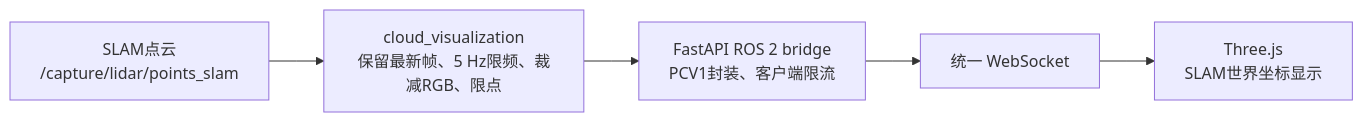
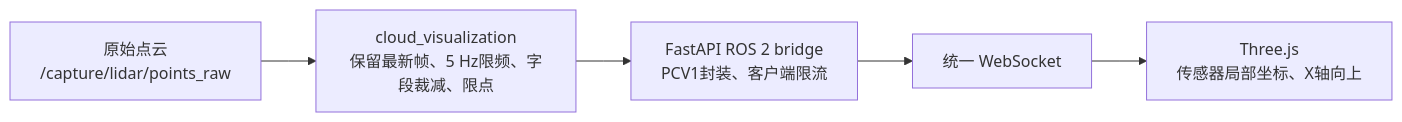
One commit to chuan126/capture_system changed the seventh of 9 diagrams in docs/architecture/数据流设计.md. Above: the diagram before and after it, drawn with Mermaid. The commit also changed other lines of this file and 57 other files, not shown here.

````diff
--- a/docs/architecture/数据流设计.md
+++ b/docs/architecture/数据流设计.md
@@ -259,11 +259,11 @@
 ```mermaid
 %%{init: {"flowchart": {"curve": "linear", "nodeSpacing": 45, "rankSpacing": 55}}}%%
 flowchart LR
-    SLAM["SLAM点云\n/capture/lidar/points_slam"]
-    VIS["cloud_visualization\n保留最新帧、5 Hz限频、裁减RGB、限点"]
+    RAW["原始点云\n/capture/lidar/points_raw"]
+    VIS["cloud_visualization\n保留最新帧、5 Hz限频、字段裁减、限点"]
     BRIDGE["FastAPI ROS 2 bridge\nPCV1封装、客户端限流"]
     WS["统一 WebSocket"]
-    UI["Three.js\nSLAM世界坐标显示"]
+    UI["Three.js\n传感器局部坐标、X轴向上"]
 
-    SLAM --> VIS --> BRIDGE --> WS --> UI
+    RAW --> VIS --> BRIDGE --> WS --> UI
 ```
````
